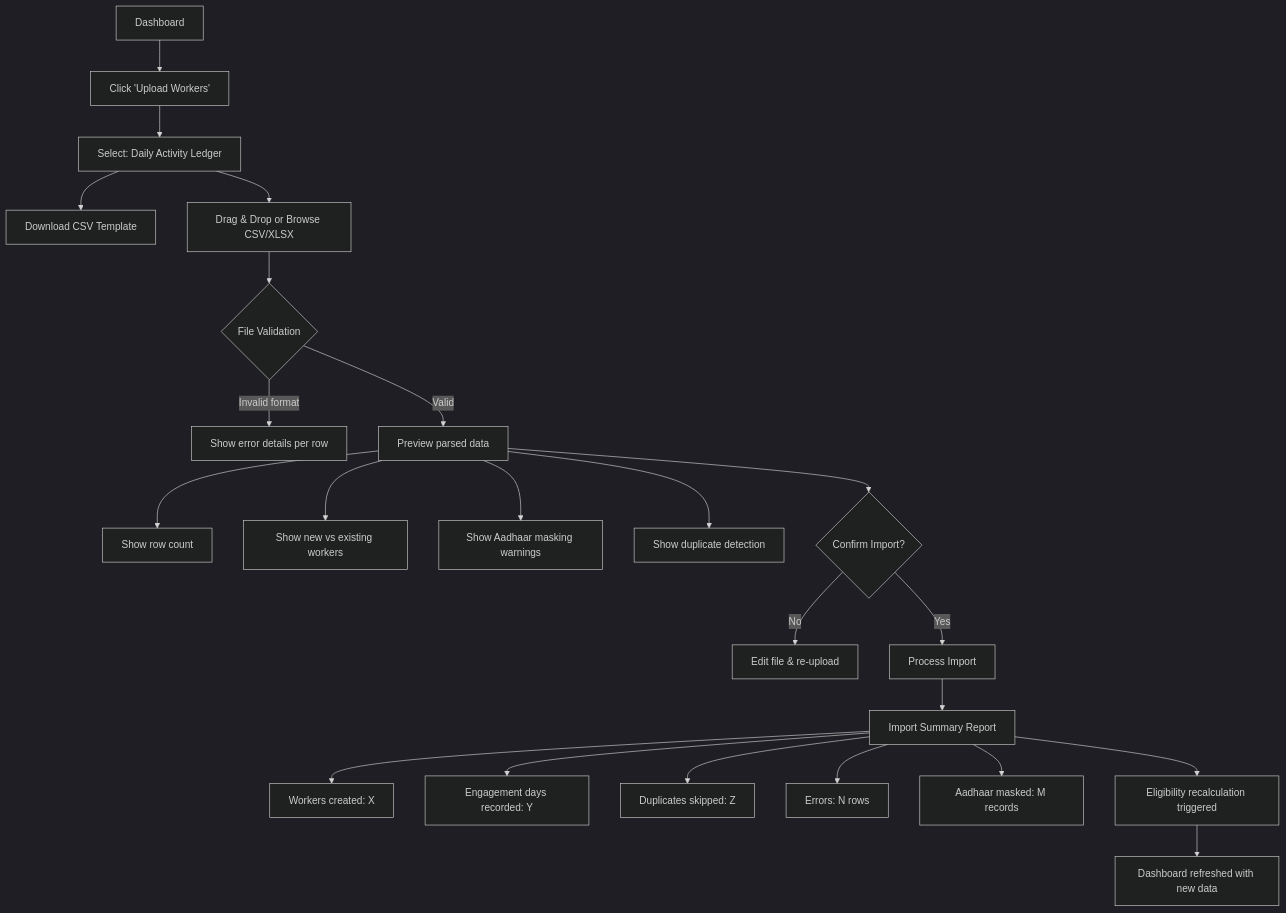
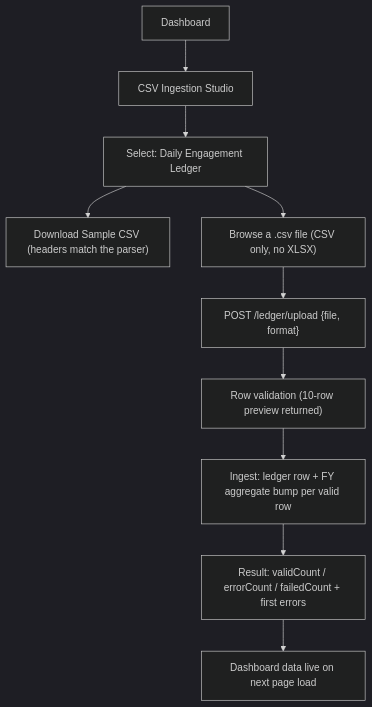
One commit to nonimousmusic/Gig-Worker-Social-Security-Compliance-Platform changed the second of 12 diagrams in docs/user_flows.md. Above: the diagram before and after it, drawn with Mermaid (dark theme). The commit also changed other lines of this file and 89 other files, not shown here.

````diff
--- a/docs/user_flows.md
+++ b/docs/user_flows.md
@@ -79,25 +70,12 @@
 ```mermaid
 flowchart TD
-    A["Dashboard"] --> B["Click 'Upload Workers'"]
-    B --> C["Select: Daily Activity Ledger"]
-    C --> D["Download CSV Template"]
-    C --> E["Drag & Drop or Browse CSV/XLSX"]
-    E --> F{"File Validation"}
-    F -->|Invalid format| G["Show error details per row"]
-    F -->|Valid| H["Preview parsed data"]
-    H --> H1["Show row count"]
-    H --> H2["Show new vs existing workers"]
-    H --> H3["Show Aadhaar masking warnings"]
-    H --> H4["Show duplicate detection"]
-    H --> I{"Confirm Import?"}
-    I -->|No| J["Edit file & re-upload"]
-    I -->|Yes| K["Process Import"]
-    K --> L["Import Summary Report"]
-    L --> L1["Workers created: X"]
-    L --> L2["Engagement days recorded: Y"]
-    L --> L3["Duplicates skipped: Z"]
-    L --> L4["Errors: N rows"]
-    L --> L5["Aadhaar masked: M records"]
-    L --> M["Eligibility recalculation triggered"]
-    M --> N["Dashboard refreshed with new data"]
+    A["Dashboard"] --> B["CSV Ingestion Studio"]
+    B --> C["Select: Daily Engagement Ledger"]
+    C --> D["Download Sample CSV (headers match the parser)"]
+    C --> E["Browse a .csv file (CSV only, no XLSX)"]
+    E --> F["POST /ledger/upload {file, format}"]
+    F --> G["Row validation (10-row preview returned)"]
+    G --> H["Ingest: ledger row + FY aggregate bump per valid row"]
+    H --> I["Result: validCount / errorCount / failedCount + first errors"]
+    I --> J["Dashboard data live on next page load"]
 ```
````
